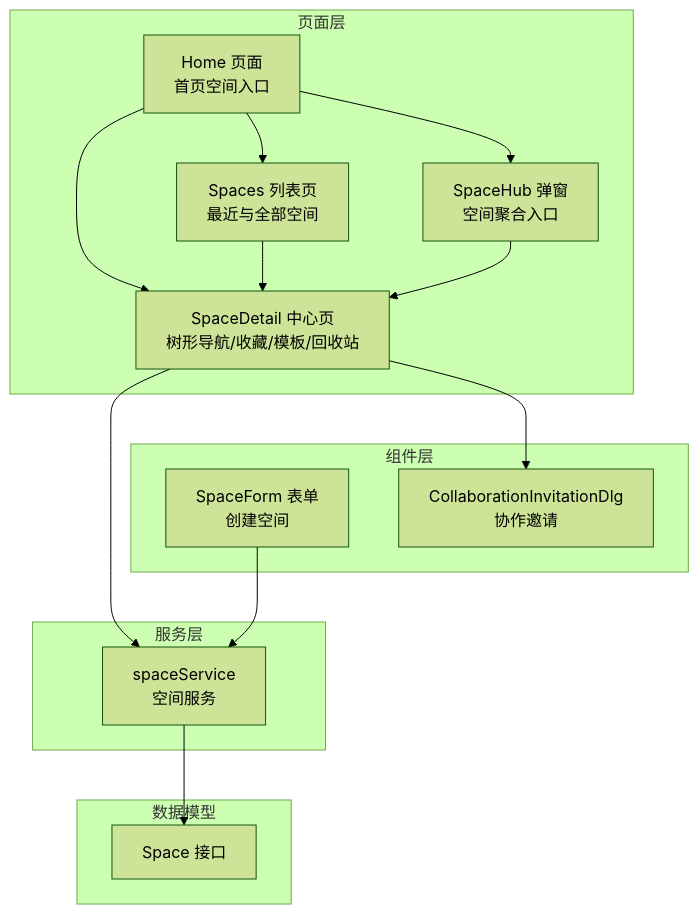
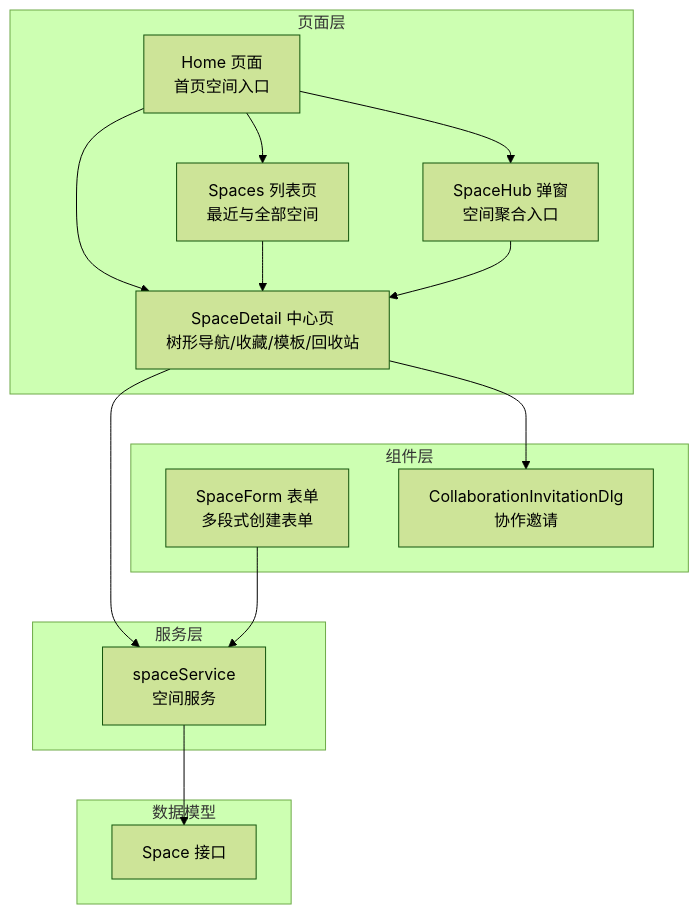
One commit to LRF0422/Kotion changed the first of 9 diagrams in .qoder/repowiki/zh/content/功能模块/知识库管理/空间管理.md. Above: the diagram before and after it, drawn with Mermaid (forest theme). The commit also changed other lines of this file and 75 other files, not shown here.

````diff
--- a/.qoder/repowiki/zh/content/功能模块/知识库管理/空间管理.md
+++ b/.qoder/repowiki/zh/content/功能模块/知识库管理/空间管理.md
@@ -42,28 +52,28 @@
 ```mermaid
 graph TB
 subgraph "页面层"
 Home["Home 页面<br/>首页空间入口"]
 Spaces["Spaces 列表页<br/>最近与全部空间"]
 SpaceHub["SpaceHub 弹窗<br/>空间聚合入口"]
 SpaceDetail["SpaceDetail 中心页<br/>树形导航/收藏/模板/回收站"]
 end
 subgraph "组件层"
-SpaceForm["SpaceForm 表单<br/>创建空间"]
+SpaceForm["SpaceForm 表单<br/>多段式创建表单"]
 Invitation["CollaborationInvitationDlg<br/>协作邀请"]
 end
 subgraph "服务层"
 SpaceService["spaceService<br/>空间服务"]
 end
 subgraph "数据模型"
 SpaceModel["Space 接口"]
 end
 Home --> SpaceHub
 Home --> Spaces
 Home --> SpaceDetail
 Spaces --> SpaceDetail
 SpaceHub --> SpaceDetail
 SpaceDetail --> SpaceService
 SpaceForm --> SpaceService
 SpaceDetail --> Invitation
 SpaceService --> SpaceModel
 ```
````
